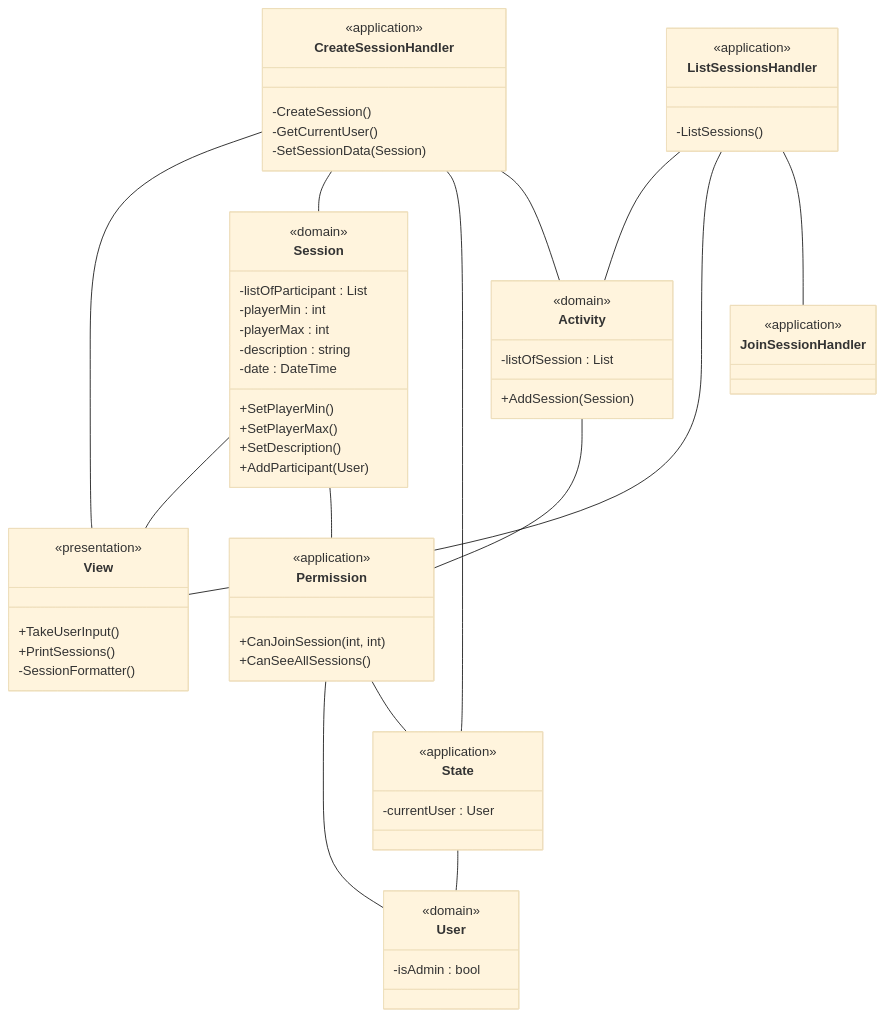
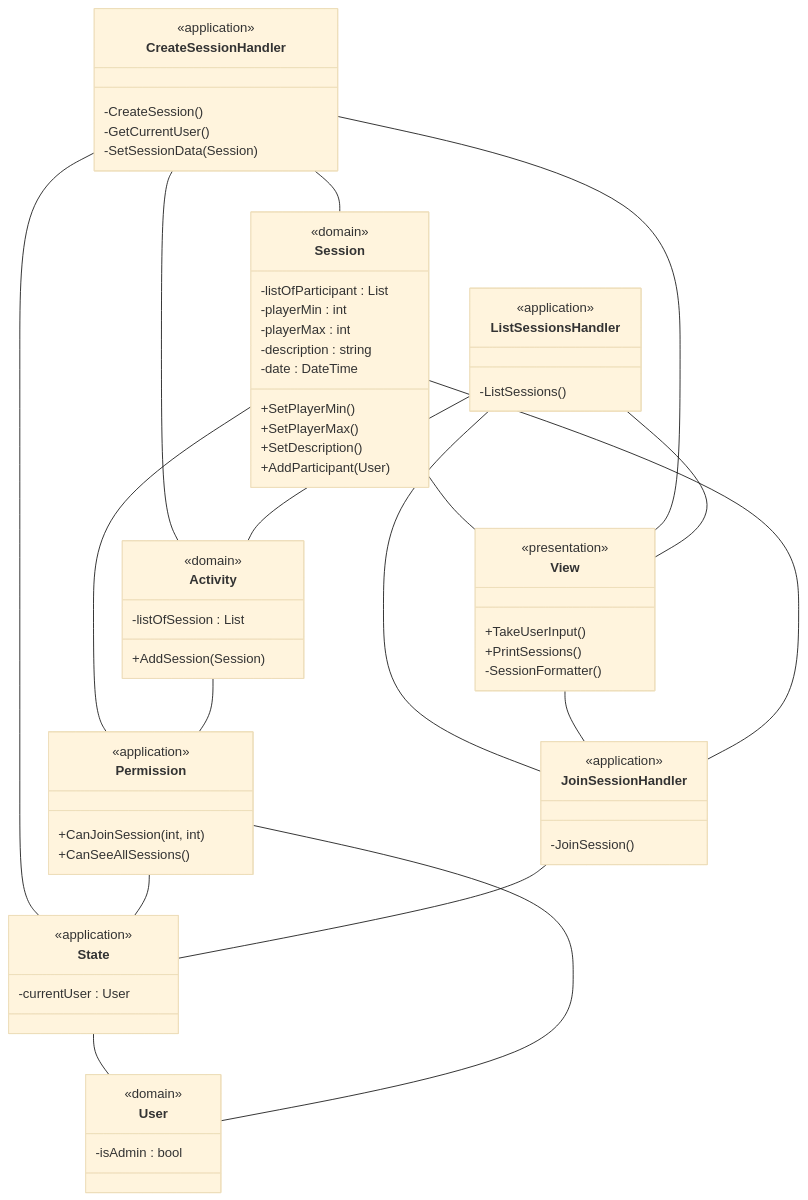
Before and after one commit to MatiasHeiberg/1.semesterprojekt: the fifth of 5 diagrams in 02 notes/Klassediagram.md, drawn with Mermaid (base theme). The commit also changed 1 other file, not shown here.

Commit message:
Sekvens og klassediagram

````diff
--- a/02 notes/Klassediagram.md
+++ b/02 notes/Klassediagram.md
@@ -196,79 +196,82 @@
 ```mermaid
 classDiagram
 
 %% CLASS DEFINITIONS
 class Session {
 	<<domain>>
     -listOfParticipant : List<User>
 	-playerMin : int 
 	-playerMax : int
 	-description : string
 	-date : DateTime
 	
 	+SetPlayerMin()
 	+SetPlayerMax()
 	+SetDescription()
 	+AddParticipant(User)
 	
 	
 }
 class User {
 	<<domain>>
 	-isAdmin : bool
 	
 }
 class State {
 	<<application>>
 	-currentUser : User
 }
 class Permission {
 	<<application>>
 	+CanJoinSession(int, int)
 	+CanSeeAllSessions()
 }
 
 class View {
 	<<presentation>> 
 	+TakeUserInput()
 	+PrintSessions()
 	-SessionFormatter()
 }
 class Activity {
 	<<domain>>
 	-listOfSession : List<Session>
 	
 	+AddSession(Session)
 }
 class CreateSessionHandler{
 	<<application>>
 	-CreateSession()
 	-GetCurrentUser()
 	-SetSessionData(Session)
 }
 class JoinSessionHandler {
 	<<application>>
-	
+	-JoinSession()
 }
 class ListSessionsHandler {
 	<<application>>
 	-ListSessions()
 }
 
 %% CLASS RELATIONSHIPS
 %% Use case 2
 Session -- View
 Session -- Permission
 CreateSessionHandler -- View
 CreateSessionHandler -- Session
 CreateSessionHandler -- State
 CreateSessionHandler -- Activity
 State -- User
 
 %% Use case 3
 ListSessionsHandler -- Activity
 ListSessionsHandler -- View
 Permission -- User
 ListSessionsHandler -- JoinSessionHandler
 Activity -- Permission
 Permission -- State
+View -- JoinSessionHandler
+JoinSessionHandler -- State
+JoinSessionHandler -- Session
 ```
````
